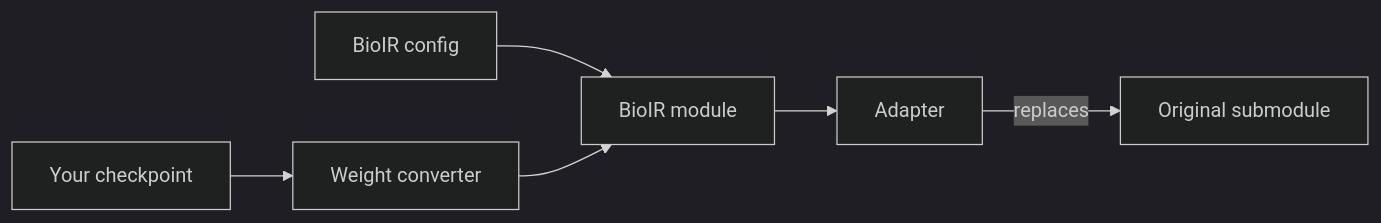
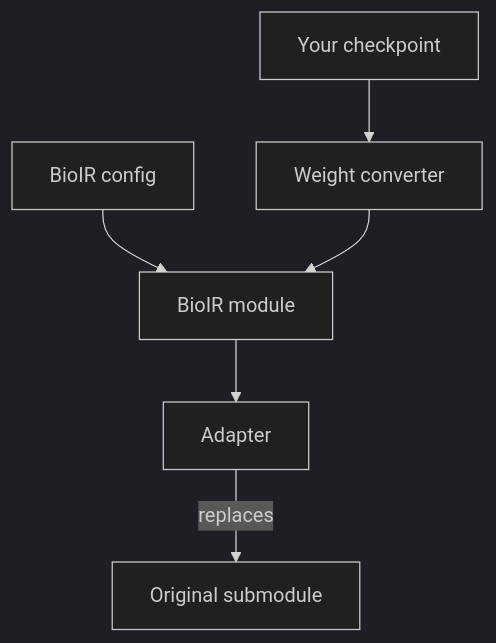
Before and after one commit to NVIDIA-BioNeMo/BioNeMo-Inference-Runtime: the diagram in docs/advanced/accelerate-custom-model.md, drawn with Mermaid (dark theme). The commit also changed 13 other files, not shown here.

````diff
--- a/docs/advanced/accelerate-custom-model.md
+++ b/docs/advanced/accelerate-custom-model.md
@@ -46,8 +46,8 @@
 ```mermaid
-flowchart LR
-    CKPT[Your checkpoint] --> CONV[Weight converter]
-    CFG[BioIR config] --> MOD[BioIR module]
+flowchart TB
+    CKPT["Your checkpoint"] --> CONV["Weight converter"]
+    CFG["BioIR config"] --> MOD["BioIR module"]
     CONV --> MOD
-    MOD --> AD[Adapter]
-    AD -->|replaces| SUB[Original submodule]
+    MOD --> AD["Adapter"]
+    AD -->|replaces| SUB["Original submodule"]
 ```
````
